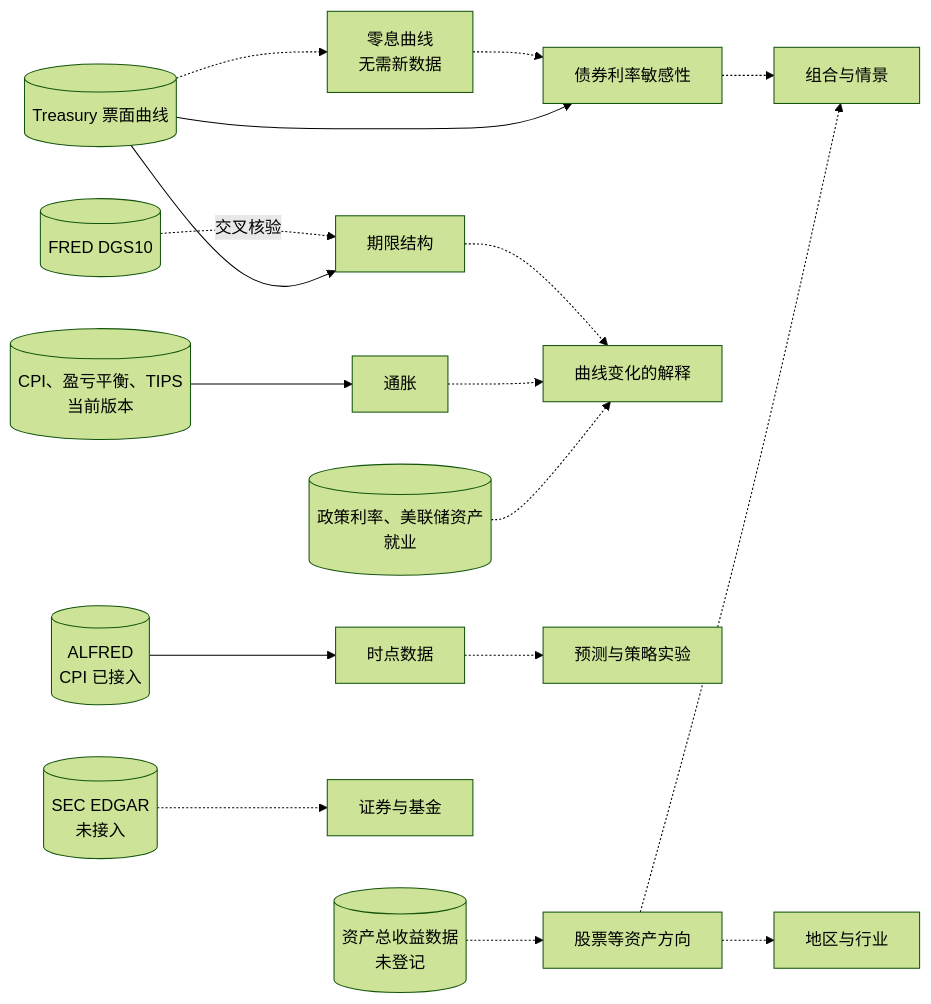
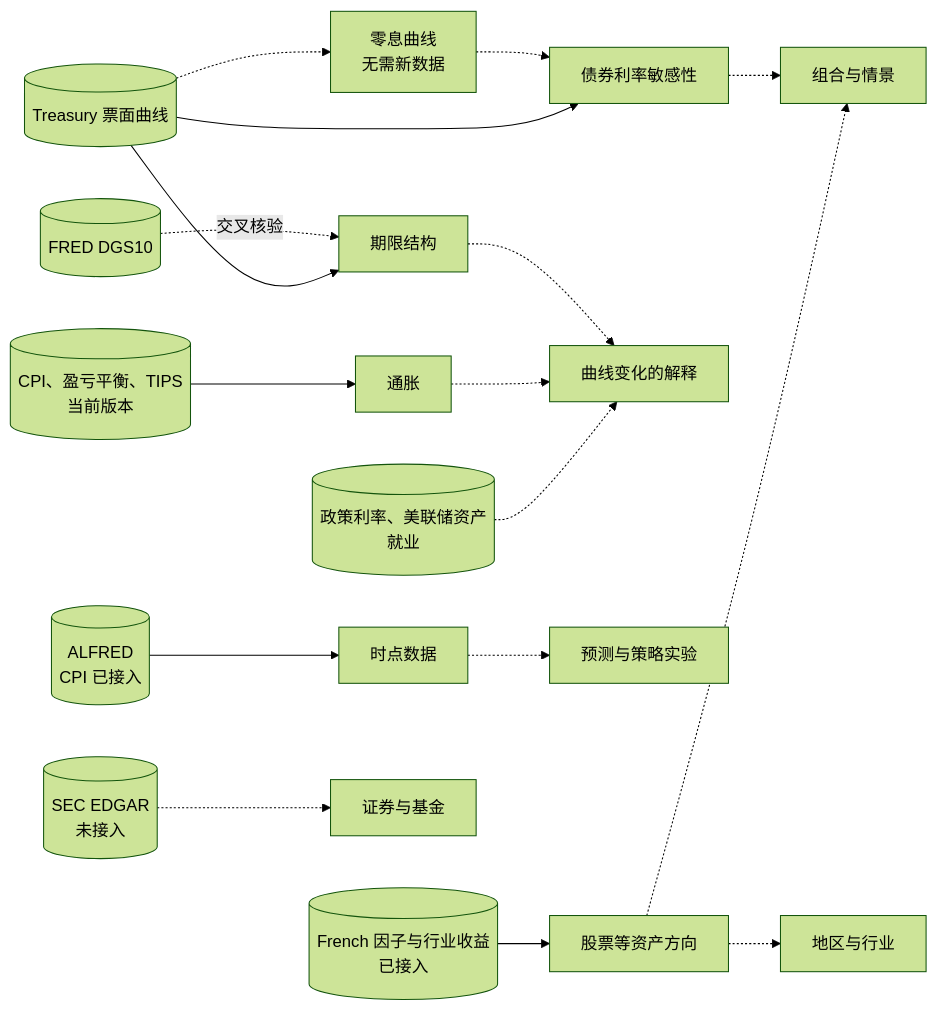
The diagram in docs/research-map.md (werneryang/investment-research-os), drawn with Mermaid (forest theme) before and after one commit. The commit also changed other lines of this file and 10 other files, not shown here.

````diff
--- a/docs/research-map.md
+++ b/docs/research-map.md
@@ -85,19 +85,19 @@
 ```mermaid
 flowchart LR
   UST[(Treasury 票面曲线)] --> TS[期限结构]
   UST --> BR[债券利率敏感性]
   DGS10[(FRED DGS10)] -. 交叉核验 .-> TS
   CPI[(CPI、盈亏平衡、TIPS<br/>当前版本)] --> INF[通胀]
   POL[(政策利率、美联储资产<br/>就业)] -.-> EXP
   UST -.-> ZC[零息曲线<br/>无需新数据]
   ZC -.-> BR
   INF -.-> EXP[曲线变化的解释]
   TS -.-> EXP
   ALF[(ALFRED<br/>CPI 已接入)] --> PIT[时点数据]
   PIT -.-> FC[预测与策略实验]
-  TR[(资产总收益数据<br/>未登记)] -.-> EQ[股票等资产方向]
+  FF[(French 因子与行业收益<br/>已接入)] --> EQ[股票等资产方向]
   EQ -.-> PF[组合与情景]
   BR -.-> PF
   EQ -.-> IND[地区与行业]
   EDGAR[(SEC EDGAR<br/>未接入)] -.-> SEC[证券与基金]
 ```
````
